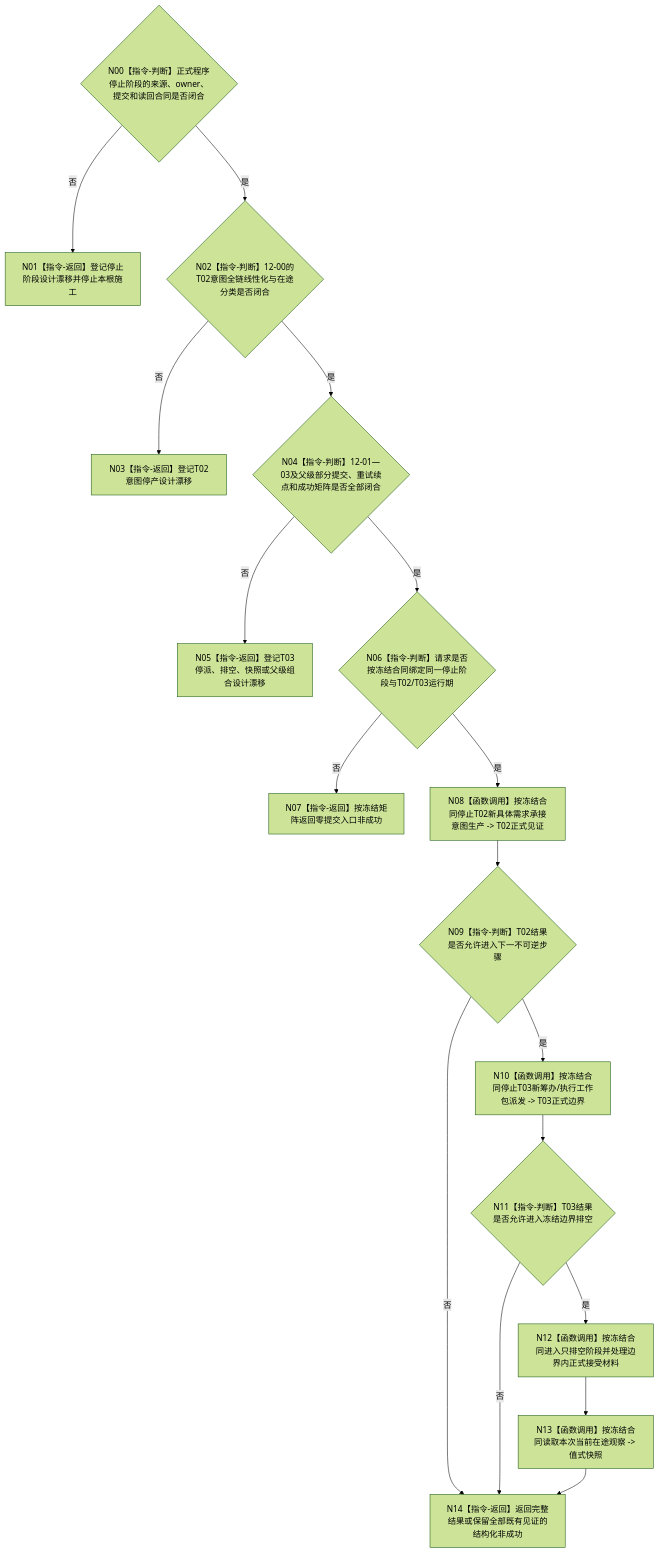
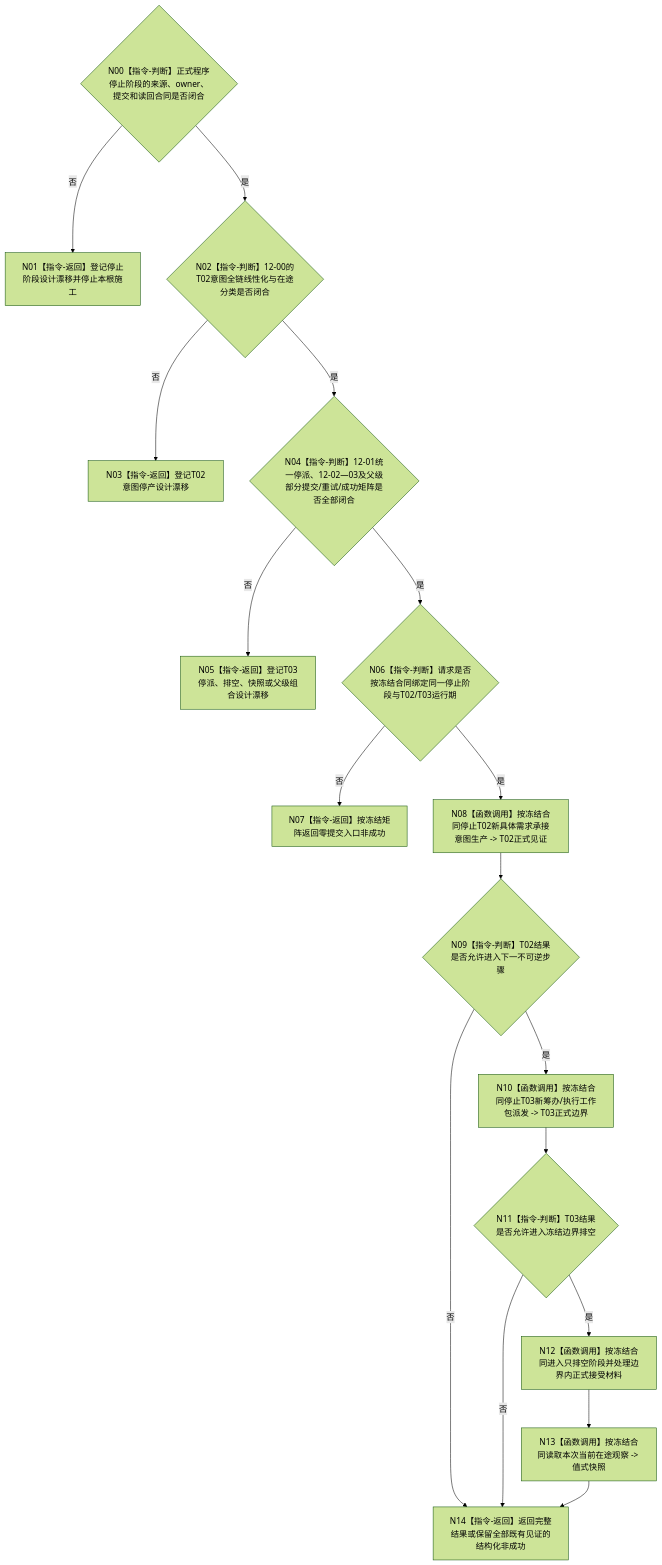
The diagram in 流程图/目标业务流程图/L2/BIZ-L2-001-12_停止自我新任务意图并冻结任务工作包派发_目标函数流程图_v0.2.md (chunhaizh-cyber/HY-Ego), drawn with Mermaid (forest theme) before and after one commit. The commit also changed other lines of this file and 8 other files, not shown here.

````diff
--- a/流程图/目标业务流程图/L2/BIZ-L2-001-12_停止自我新任务意图并冻结任务工作包派发_目标函数流程图_v0.2.md
+++ b/流程图/目标业务流程图/L2/BIZ-L2-001-12_停止自我新任务意图并冻结任务工作包派发_目标函数流程图_v0.2.md
@@ -32,31 +32,31 @@
 ```mermaid
 flowchart TD
     N00{"N00【指令-判断】正式程序停止阶段的来源、owner、提交和读回合同是否闭合"}
     N01["N01【指令-返回】登记停止阶段设计漂移并停止本根施工"]
     N02{"N02【指令-判断】12-00的T02意图全链线性化与在途分类是否闭合"}
     N03["N03【指令-返回】登记T02意图停产设计漂移"]
-    N04{"N04【指令-判断】12-01—03及父级部分提交、重试续点和成功矩阵是否全部闭合"}
+    N04{"N04【指令-判断】12-01统一停派、12-02—03及父级部分提交/重试/成功矩阵是否全部闭合"}
     N05["N05【指令-返回】登记T03停派、排空、快照或父级组合设计漂移"]
     N06{"N06【指令-判断】请求是否按冻结合同绑定同一停止阶段与T02/T03运行期"}
     N07["N07【指令-返回】按冻结矩阵返回零提交入口非成功"]
     N08["N08【函数调用】按冻结合同停止T02新具体需求承接意图生产 -> T02正式见证"]
     N09{"N09【指令-判断】T02结果是否允许进入下一不可逆步骤"}
     N10["N10【函数调用】按冻结合同停止T03新筹办/执行工作包派发 -> T03正式边界"]
     N11{"N11【指令-判断】T03结果是否允许进入冻结边界排空"}
     N12["N12【函数调用】按冻结合同进入只排空阶段并处理边界内正式接受材料"]
     N13["N13【函数调用】按冻结合同读取本次当前在途观察 -> 值式快照"]
     N14["N14【指令-返回】返回完整结果或保留全部既有见证的结构化非成功"]
 
     N00 -->|否| N01
     N00 -->|是| N02
     N02 -->|否| N03
     N02 -->|是| N04
     N04 -->|否| N05
     N04 -->|是| N06
     N06 -->|否| N07
     N06 -->|是| N08 --> N09
     N09 -->|否| N14
     N09 -->|是| N10 --> N11
     N11 -->|否| N14
     N11 -->|是| N12 --> N13 --> N14
 ```
````
